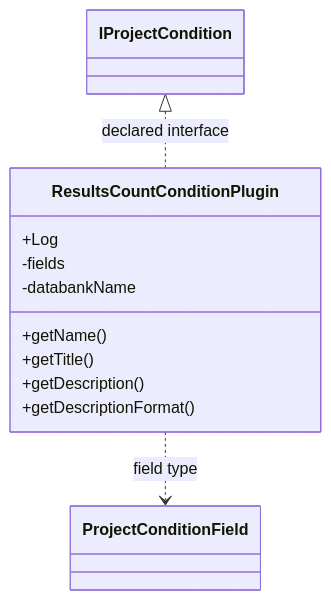
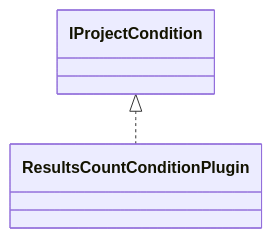
The diagram in docs/sqx/Shared/ProjectConditionResultsCount.md (haruperi/HaruQuantAI), drawn with Mermaid before and after one commit. The commit also changed other lines of this file and 1688 other files, not shown here.

````diff
--- a/docs/sqx/Shared/ProjectConditionResultsCount.md
+++ b/docs/sqx/Shared/ProjectConditionResultsCount.md
@@ -30,16 +26,6 @@
 ```mermaid
 classDiagram
-    class C2756b7892799["ResultsCountConditionPlugin"] {
-        +Log
-        -fields
-        -databankName
-        +getName()
-        +getTitle()
-        +getDescription()
-        +getDescriptionFormat()
-    }
-    class C930244e123f1["IProjectCondition"]
-    class C360519953328["ProjectConditionField"]
-    C930244e123f1 <|.. C2756b7892799 : declared interface
-    C2756b7892799 ..> C360519953328 : field type
+    class C0["ResultsCountConditionPlugin"]
+    class E0["IProjectCondition"]
+    E0 <|.. C0
 ```
````
